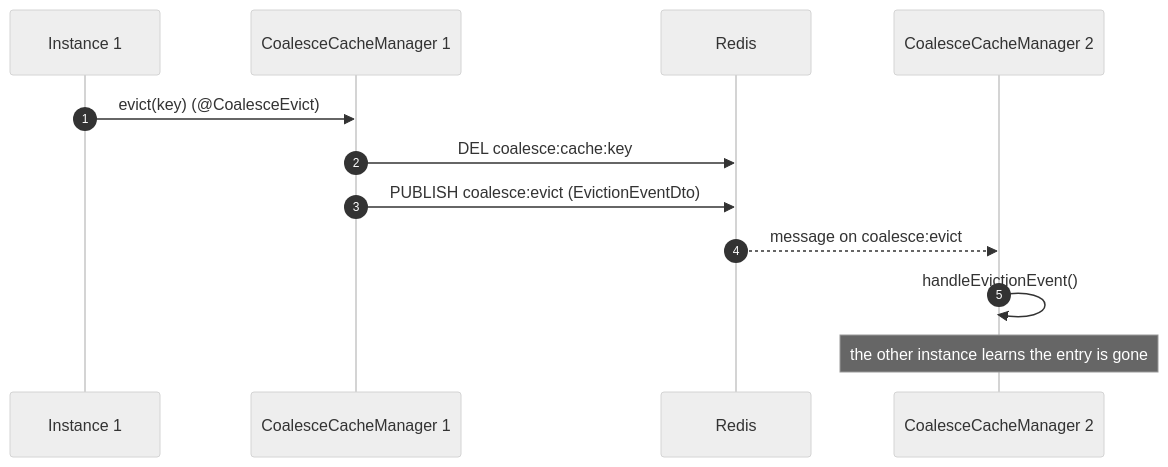
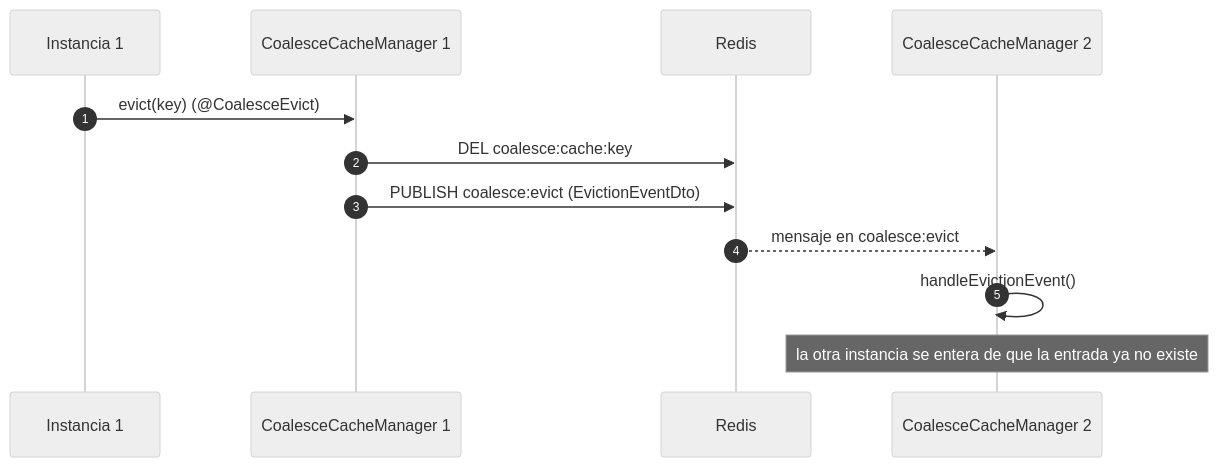
Before and after one commit to programming0026/sbj-util-redis-annotation: the eighth of 9 diagrams in sbj-util-redis-lib/README.md, drawn with Mermaid (neutral theme). The commit also changed other lines of this file and 64 other files, not shown here.

````diff
--- a/sbj-util-redis-lib/README.md
+++ b/sbj-util-redis-lib/README.md
@@ -1237,15 +1237,15 @@
 ```mermaid
 sequenceDiagram
     autonumber
-    participant S1 as Instance 1
+    participant S1 as Instancia 1
     participant Mgr1 as CoalesceCacheManager 1
     participant Red as Redis
     participant Mgr2 as CoalesceCacheManager 2
 
     S1->>Mgr1: evict(key) (@CoalesceEvict)
     Mgr1->>Red: DEL coalesce:cache:key
     Mgr1->>Red: PUBLISH coalesce:evict (EvictionEventDto)
-    Red-->>Mgr2: message on coalesce:evict
+    Red-->>Mgr2: mensaje en coalesce:evict
     Mgr2->>Mgr2: handleEvictionEvent()
-    Note over Mgr2: the other instance learns the entry is gone
+    Note over Mgr2: la otra instancia se entera de que la entrada ya no existe
 ```
````
